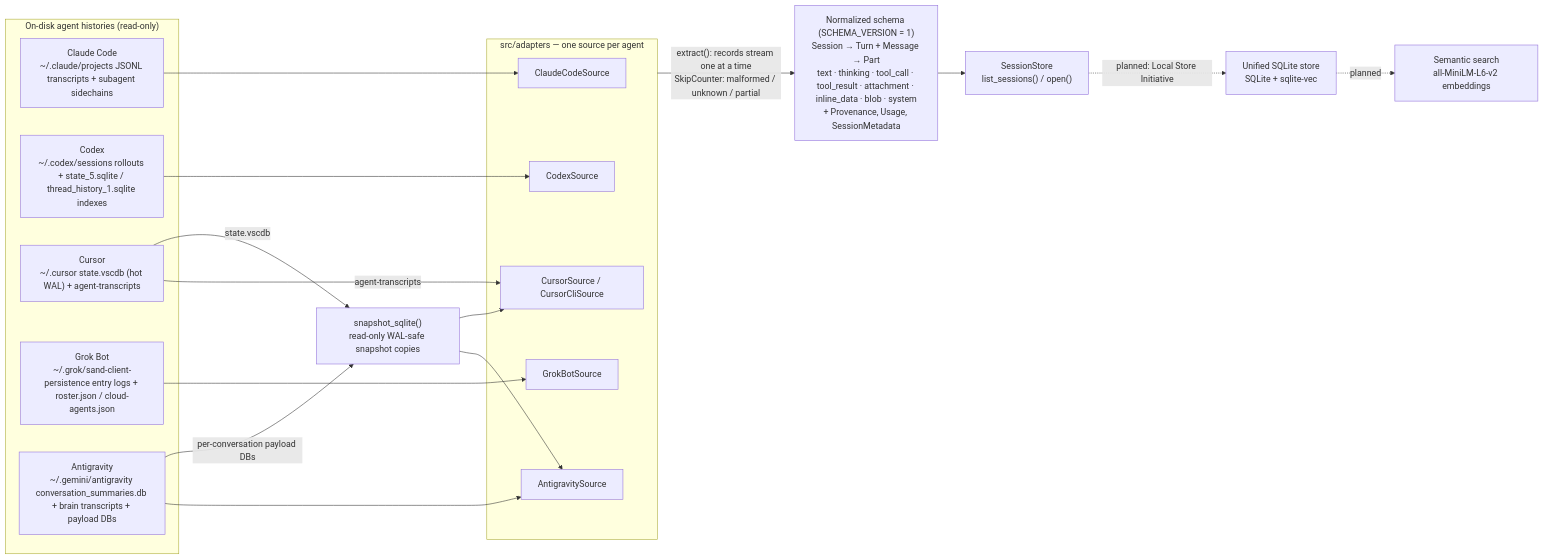
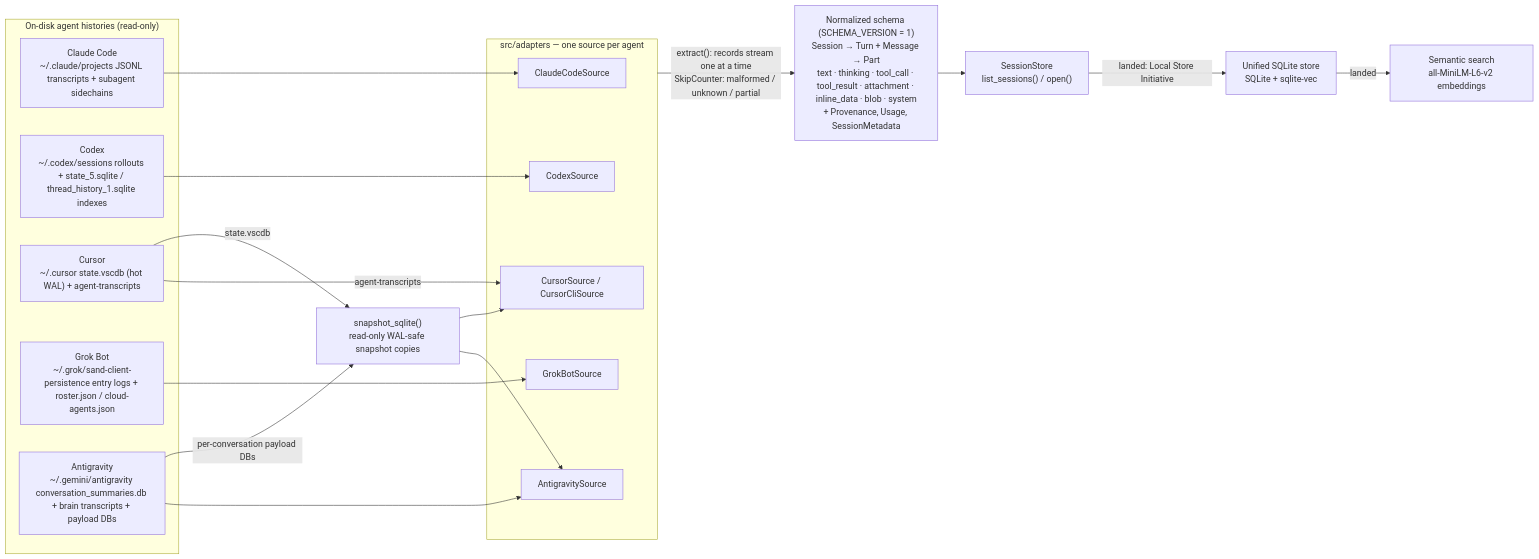
Before and after one commit to AnthusAI/BotSpy: the first of 4 diagrams in docs/DESIGN.md, drawn with Mermaid. The commit also changed other lines of this file and 4 other files, not shown here.

First line of the commit message:
docs: flip landed-store claims, add the store wiki page (BOTSPY-526284)

````diff
--- a/docs/DESIGN.md
+++ b/docs/DESIGN.md
@@ -51,35 +54,35 @@
 ```mermaid
 flowchart LR
     subgraph SOURCES["On-disk agent histories (read-only)"]
         CC["Claude Code<br/>~/.claude/projects JSONL transcripts + subagent sidechains"]
         CX["Codex<br/>~/.codex/sessions rollouts + state_5.sqlite / thread_history_1.sqlite indexes"]
         CU["Cursor<br/>~/.cursor state.vscdb (hot WAL) + agent-transcripts"]
         GB["Grok Bot<br/>~/.grok/sand-client-persistence entry logs + roster.json / cloud-agents.json"]
         AG["Antigravity<br/>~/.gemini/antigravity conversation_summaries.db + brain transcripts + payload DBs"]
     end
 
     SNAP["snapshot_sqlite()<br/>read-only WAL-safe snapshot copies"]
     CU -->|"state.vscdb"| SNAP
     AG -->|"per-conversation payload DBs"| SNAP
 
     subgraph ADAPTERS["src/adapters — one source per agent"]
         CLA["ClaudeCodeSource"]
         CUR["CursorSource / CursorCliSource"]
         COD["CodexSource"]
         GRK["GrokBotSource"]
         ANT["AntigravitySource"]
     end
 
     CC --> CLA
     SNAP --> CUR
     CU -->|"agent-transcripts"| CUR
     CX --> COD
     GB --> GRK
     AG --> ANT
     SNAP --> ANT
 
     ADAPTERS -->|"extract(): records stream one at a time<br/>SkipCounter: malformed / unknown / partial"| SCHEMA["Normalized schema (SCHEMA_VERSION = 1)<br/>Session → Turn + Message → Part<br/>text · thinking · tool_call · tool_result · attachment · inline_data · blob · system<br/>+ Provenance, Usage, SessionMetadata"]
     SCHEMA --> STORE["SessionStore<br/>list_sessions() / open()"]
-    STORE -.->|"planned: Local Store Initiative"| UNIFIED["Unified SQLite store<br/>SQLite + sqlite-vec"]
-    UNIFIED -.->|"planned"| SEM["Semantic search<br/>all-MiniLM-L6-v2 embeddings"]
+    STORE -->|"landed: Local Store Initiative"| UNIFIED["Unified SQLite store<br/>SQLite + sqlite-vec"]
+    UNIFIED -->|"landed"| SEM["Semantic search<br/>all-MiniLM-L6-v2 embeddings"]
 ```
````
